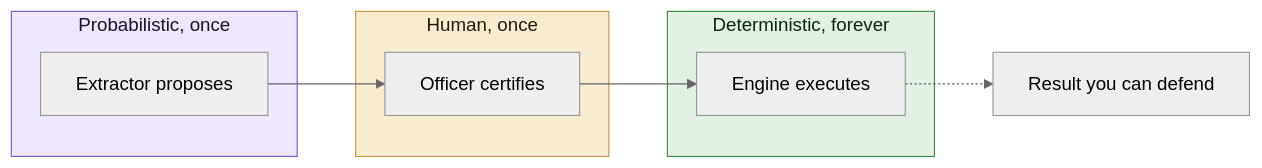
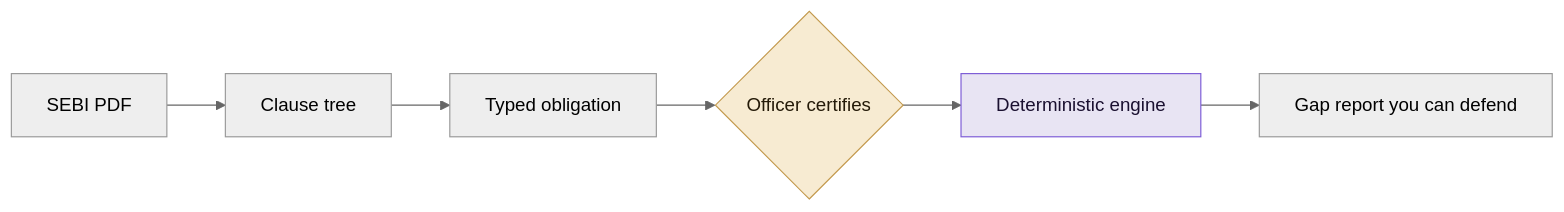
Before and after one commit to yerramsettysuchita/sanhita: the diagram in README.md, drawn with Mermaid (neutral theme). The commit also changed other lines of this file, not shown here.

Commit message:
Sanhita - SEBI - 2026

````diff
--- a/README.md
+++ b/README.md
@@ -79,18 +28,11 @@
 ```mermaid
 flowchart LR
-    subgraph P["Probabilistic, once"]
-        A[Extractor proposes]
-    end
-    subgraph H["Human, once"]
-        B[Officer certifies]
-    end
-    subgraph D["Deterministic, forever"]
-        C[Engine executes]
-    end
-    A --> B --> C
-    C -.-> R[Result you can defend]
+    A[SEBI PDF] --> B[Clause tree]
+    B --> C[Typed obligation]
+    C --> D{Officer certifies}
+    D --> E[Deterministic engine]
+    E --> F[Gap report you can defend]
 
-    style P fill:#EFE7FB,stroke:#7C5CD6,color:#1a1030
-    style H fill:#F7EBD2,stroke:#C39A4E,color:#241a08
-    style D fill:#E3F0E4,stroke:#3E8E41,color:#0d2410
+    style D fill:#F7EBD2,stroke:#C39A4E,color:#241a08
+    style E fill:#E8E4F3,stroke:#7C5CD6,color:#1a1030
 ```
````
